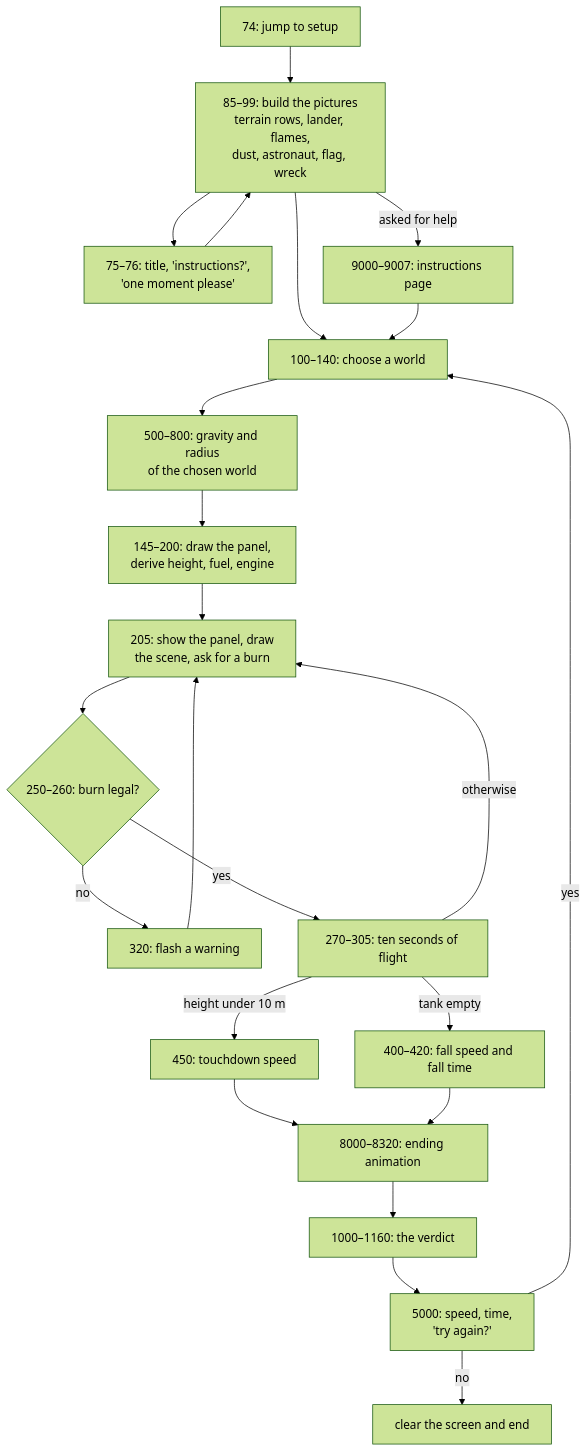
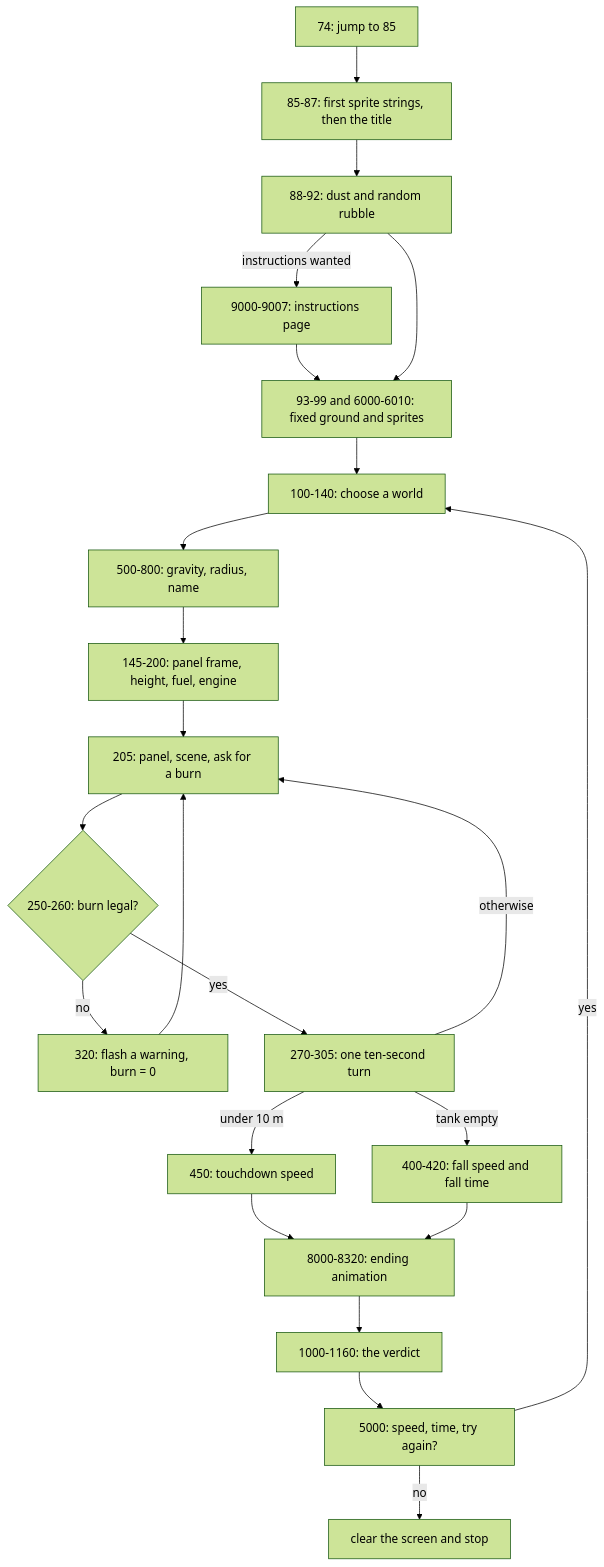
One commit to agunawijaya/any-key changed the diagram in docs/lander/ORIGINAL-ARCHITECTURE.md. Above: the diagram before and after it, drawn with Mermaid (forest theme). The commit also changed other lines of this file and 316 other files, not shown here.

````diff
--- a/docs/lander/ORIGINAL-ARCHITECTURE.md
+++ b/docs/lander/ORIGINAL-ARCHITECTURE.md
@@ -11,24 +47,25 @@
 ```mermaid
 flowchart TD
-    A["74: jump to setup"] --> B["85–99: build the pictures<br/>terrain rows, lander, flames,<br/>dust, astronaut, flag, wreck"]
-    B --> T["75–76: title, 'instructions?',<br/>'one moment please'"]
-    T --> B
-    B -->|asked for help| I["9000–9007: instructions page"]
-    B --> M["100–140: choose a world"]
-    I --> M
-    M --> W["500–800: gravity and radius<br/>of the chosen world"]
-    W --> S["145–200: draw the panel,<br/>derive height, fuel, engine"]
-    S --> P["205: show the panel, draw<br/>the scene, ask for a burn"]
-    P --> Q{"250–260: burn legal?"}
-    Q -->|no| X["320: flash a warning"] --> P
-    Q -->|yes| R["270–305: ten seconds of flight"]
-    R -->|height under 10 m| L["450: touchdown speed"]
-    R -->|tank empty| F["400–420: fall speed and fall time"]
+    A["74: jump to 85"] --> B["85-87: first sprite strings, then the title"]
+    B --> C["88-92: dust and random rubble"]
+    C -->|instructions wanted| I["9000-9007: instructions page"]
+    I --> D["93-99 and 6000-6010: fixed ground and sprites"]
+    C --> D
+    D --> M["100-140: choose a world"]
+    M --> W["500-800: gravity, radius, name"]
+    W --> S["145-200: panel frame, height, fuel, engine"]
+    S --> P["205: panel, scene, ask for a burn"]
+    P --> Q{"250-260: burn legal?"}
+    Q -->|no| X["320: flash a warning, burn = 0"]
+    X --> P
+    Q -->|yes| R["270-305: one ten-second turn"]
+    R -->|under 10 m| L["450: touchdown speed"]
+    R -->|tank empty| F["400-420: fall speed and fall time"]
     R -->|otherwise| P
-    L --> E["8000–8320: ending animation"]
+    L --> E["8000-8320: ending animation"]
     F --> E
-    E --> V["1000–1160: the verdict"]
-    V --> Y["5000: speed, time,<br/>'try again?'"]
+    E --> V["1000-1160: the verdict"]
+    V --> Y["5000: speed, time, try again?"]
     Y -->|yes| M
-    Y -->|no| Z["clear the screen and end"]
+    Y -->|no| Z["clear the screen and stop"]
 ```
````
